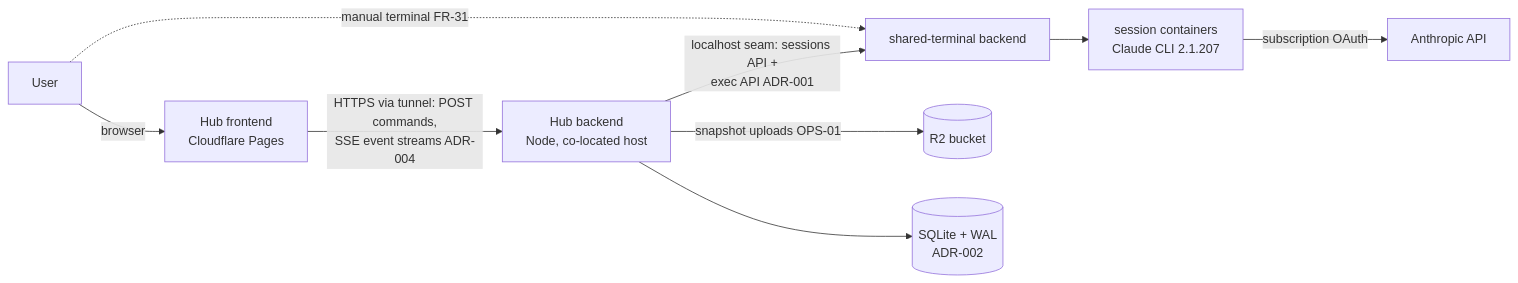
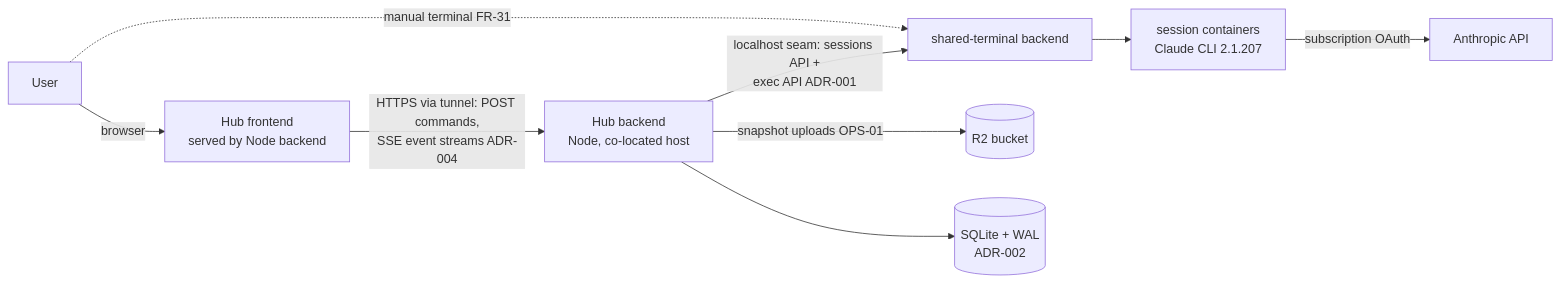
Before and after one commit to gatof81/agenthub: the first of 2 diagrams in docs/07-architecture.md, drawn with Mermaid. The commit also changed other lines of this file and 3 other files, not shown here.

````diff
--- a/docs/07-architecture.md
+++ b/docs/07-architecture.md
@@ -13,11 +13,11 @@
 ```mermaid
 flowchart LR
-    U[User] -->|browser| FE[Hub frontend<br/>Cloudflare Pages]
+    U[User] -->|browser| FE[Hub frontend<br/>served by Node backend]
     FE -->|HTTPS via tunnel: POST commands,<br/>SSE event streams ADR-004| BE[Hub backend<br/>Node, co-located host]
     BE -->|localhost seam: sessions API +<br/>exec API ADR-001| ST[shared-terminal backend]
     ST --> C[session containers<br/>Claude CLI 2.1.207]
     C -->|subscription OAuth| AN[Anthropic API]
     BE -->|snapshot uploads OPS-01| R2[(R2 bucket)]
     BE --> DB[(SQLite + WAL<br/>ADR-002)]
     U -.->|manual terminal FR-31| ST
 ```
````
